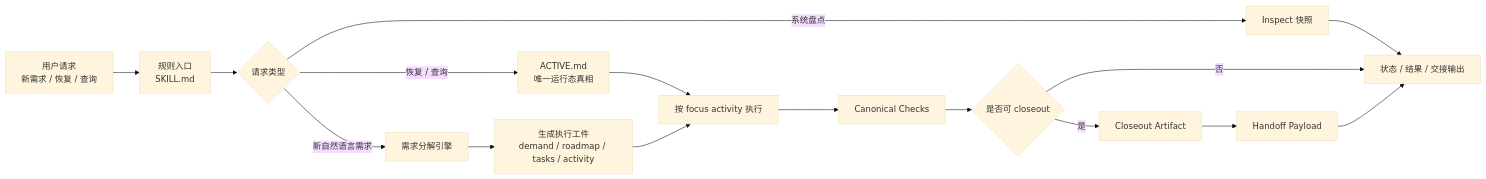
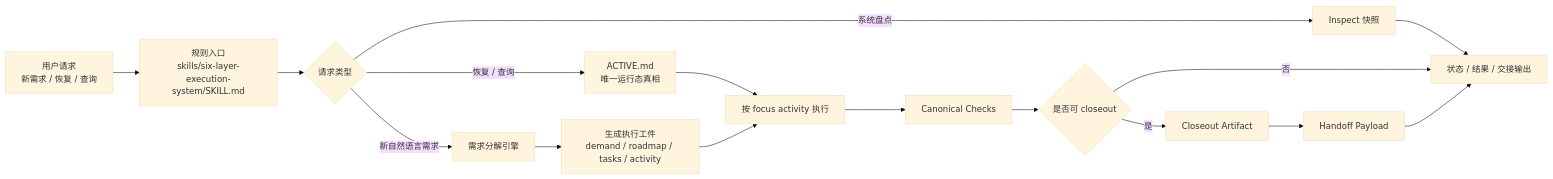
One commit to sperictao/six-layer-execution-system changed the first of 3 diagrams in plugins/six-layer-execution-system/docs/code-wiki/executive-flow-views.md. Above: the diagram before and after it, drawn with Mermaid (base theme). The commit also changed 17 other files, not shown here.

First line of the commit message:
feat(exec-sys): add init_execution_system command and update references

````diff
--- a/plugins/six-layer-execution-system/docs/code-wiki/executive-flow-views.md
+++ b/plugins/six-layer-execution-system/docs/code-wiki/executive-flow-views.md
@@ -17,21 +17,21 @@
 ```mermaid
 flowchart LR
-    U["用户请求<br/>新需求 / 恢复 / 查询"] --> R["规则入口<br/>SKILL.md"]
+    U["用户请求<br/>新需求 / 恢复 / 查询"] --> R["规则入口<br/>skills/six-layer-execution-system/SKILL.md"]
     R --> G{"请求类型"}
 
     G -->|恢复 / 查询| A["ACTIVE.md<br/>唯一运行态真相"]
     G -->|新自然语言需求| D["需求分解引擎"]
     G -->|系统盘点| I["Inspect 快照"]
 
     D --> P["生成执行工件<br/>demand / roadmap / tasks / activity"]
     A --> X["按 focus activity 执行"]
     P --> X
     I --> O["状态输出"]
 
     X --> C["Canonical Checks"]
     C --> H{"是否可 closeout"}
     H -->|否| O
     H -->|是| Z["Closeout Artifact"]
     Z --> F["Handoff Payload"]
     F --> O["状态 / 结果 / 交接输出"]
 ```
````
